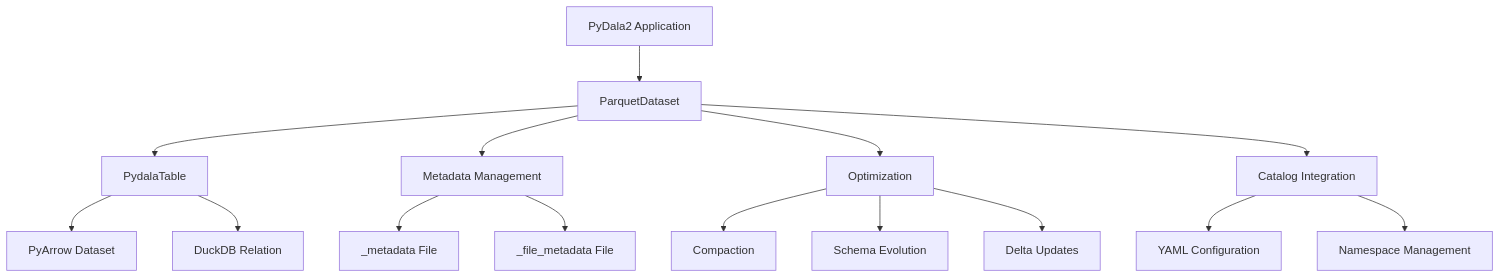
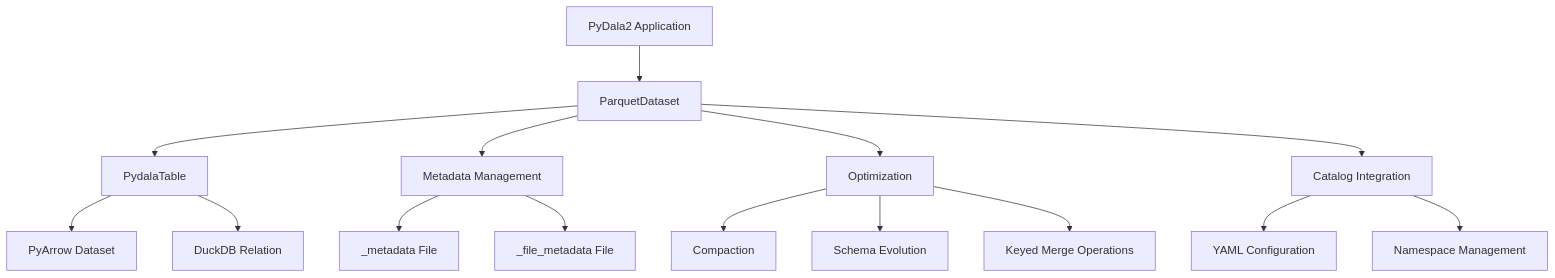
Before and after one commit to legout/pydala2: the diagram in docs/index.md, drawn with Mermaid. The commit also changed other lines of this file and 7 other files, not shown here.

Commit message:
docs: add merge guide and delta migration (#26)

````diff
--- a/docs/index.md
+++ b/docs/index.md
@@ -111,17 +111,17 @@
 ```mermaid
 graph TD
     A[PyDala2 Application] --> B[ParquetDataset]
     B --> C[PydalaTable]
     C --> D[PyArrow Dataset]
     C --> E[DuckDB Relation]
     B --> F[Metadata Management]
     F --> G[_metadata File]
     F --> H[_file_metadata File]
     B --> I[Optimization]
     I --> J[Compaction]
     I --> K[Schema Evolution]
-    I --> L[Delta Updates]
+    I --> L[Keyed Merge Operations]
     B --> M[Catalog Integration]
     M --> N[YAML Configuration]
     M --> O[Namespace Management]
 ```
````
